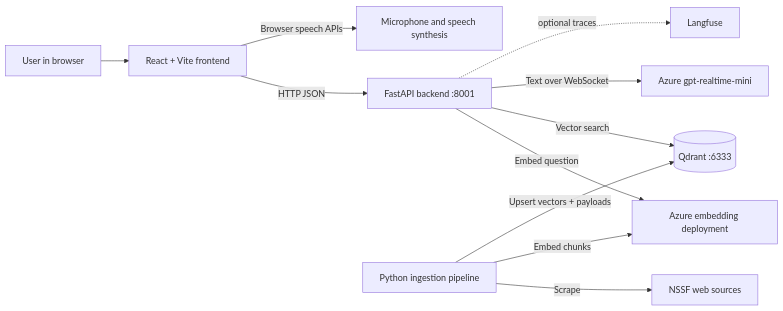
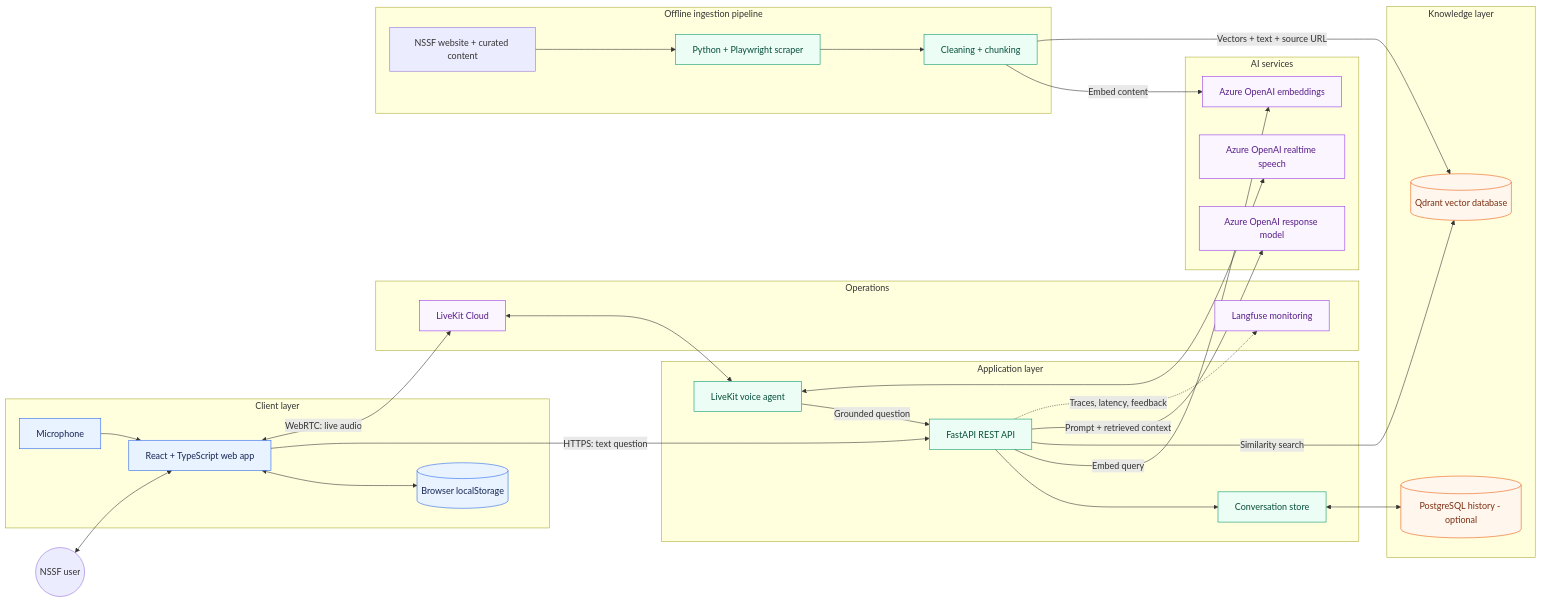
The first of 5 diagrams in ARCHITECTURE.md (esther2145/Chatbot), drawn with Mermaid before and after one commit. The commit also changed other lines of this file and 1 other file, not shown here.

Commit message:
architectural changes

````diff
--- a/ARCHITECTURE.md
+++ b/ARCHITECTURE.md
@@ -20,13 +21,65 @@
 ```mermaid
 flowchart LR
-    User[User in browser] --> UI[React + Vite frontend]
-    UI -->|HTTP JSON| API[FastAPI backend :8001]
-    UI -->|Browser speech APIs| Speech[Microphone and speech synthesis]
-    API -->|Embed question| Embed[Azure embedding deployment]
-    API -->|Vector search| Q[(Qdrant :6333)]
-    API -->|Text over WebSocket| RT[Azure gpt-realtime-mini]
-    API -. optional traces .-> LF[Langfuse]
-    Ingest[Python ingestion pipeline] -->|Scrape| Web[NSSF web sources]
-    Ingest -->|Embed chunks| Embed
-    Ingest -->|Upsert vectors + payloads| Q
+    User((NSSF user))
+
+    subgraph Client[Client layer]
+        UI[React + TypeScript web app]
+        Local[(Browser localStorage)]
+        Mic[Microphone]
+        UI <--> Local
+        Mic --> UI
+    end
+
+    subgraph App[Application layer]
+        API[FastAPI REST API]
+        Agent[LiveKit voice agent]
+        Memory[Conversation store]
+    end
+
+    subgraph Knowledge[Knowledge layer]
+        Qdrant[(Qdrant vector database)]
+        Postgres[(PostgreSQL history - optional)]
+    end
+
+    subgraph AI[AI services]
+        Embed[Azure OpenAI embeddings]
+        Model[Azure OpenAI response model]
+        Speech[Azure OpenAI realtime speech]
+    end
+
+    subgraph Operations[Operations]
+        LiveKit[LiveKit Cloud]
+        Langfuse[Langfuse monitoring]
+    end
+
+    subgraph Pipeline[Offline ingestion pipeline]
+        Sources[NSSF website + curated content]
+        Scraper[Python + Playwright scraper]
+        Chunker[Cleaning + chunking]
+    end
+
+    User <--> UI
+    UI -->|HTTPS: text question| API
+    UI <-->|WebRTC: live audio| LiveKit
+    LiveKit <--> Agent
+    Agent -->|Grounded question| API
+    API --> Memory
+    Memory <--> Postgres
+    API -->|Embed query| Embed
+    API -->|Similarity search| Qdrant
+    API -->|Prompt + retrieved context| Model
+    Agent <--> Speech
+    API -.->|Traces, latency, feedback| Langfuse
+    Sources --> Scraper --> Chunker
+    Chunker -->|Embed content| Embed
+    Chunker -->|Vectors + text + source URL| Qdrant
+
+    classDef client fill:#e8f3ff,stroke:#2563eb,color:#172554;
+    classDef app fill:#ecfdf5,stroke:#059669,color:#064e3b;
+    classDef data fill:#fff7ed,stroke:#ea580c,color:#7c2d12;
+    classDef external fill:#faf5ff,stroke:#9333ea,color:#581c87;
+    class UI,Local,Mic client;
+    class API,Agent,Memory,Scraper,Chunker app;
+    class Qdrant,Postgres data;
+    class Embed,Model,Speech,LiveKit,Langfuse external;
 ```
````
